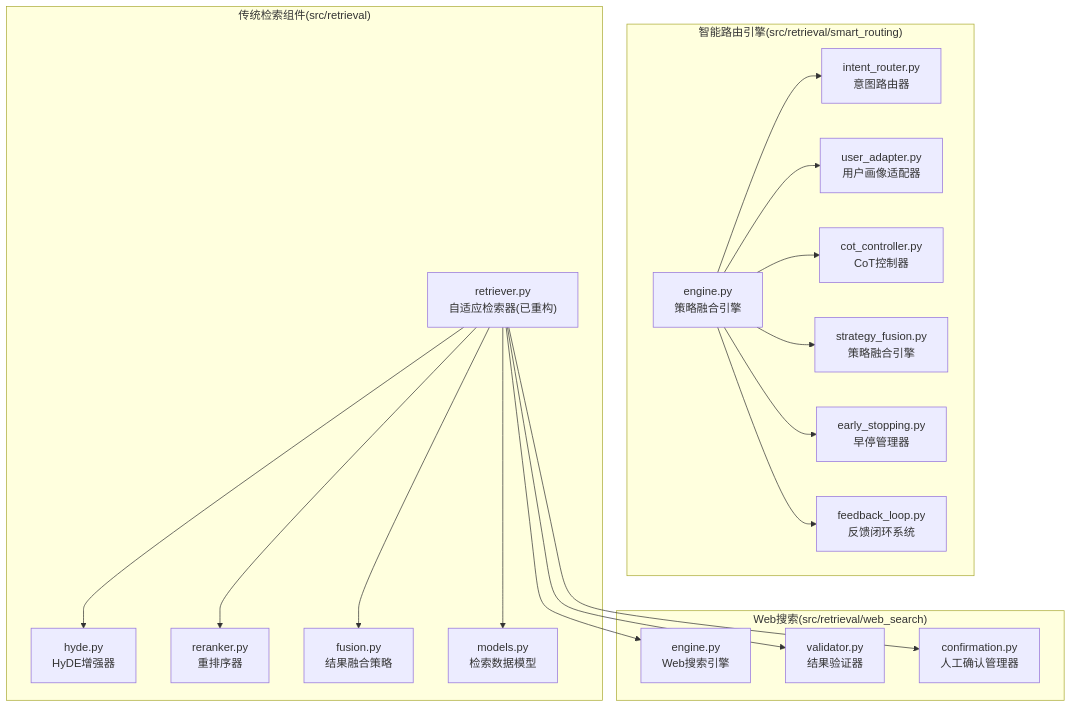
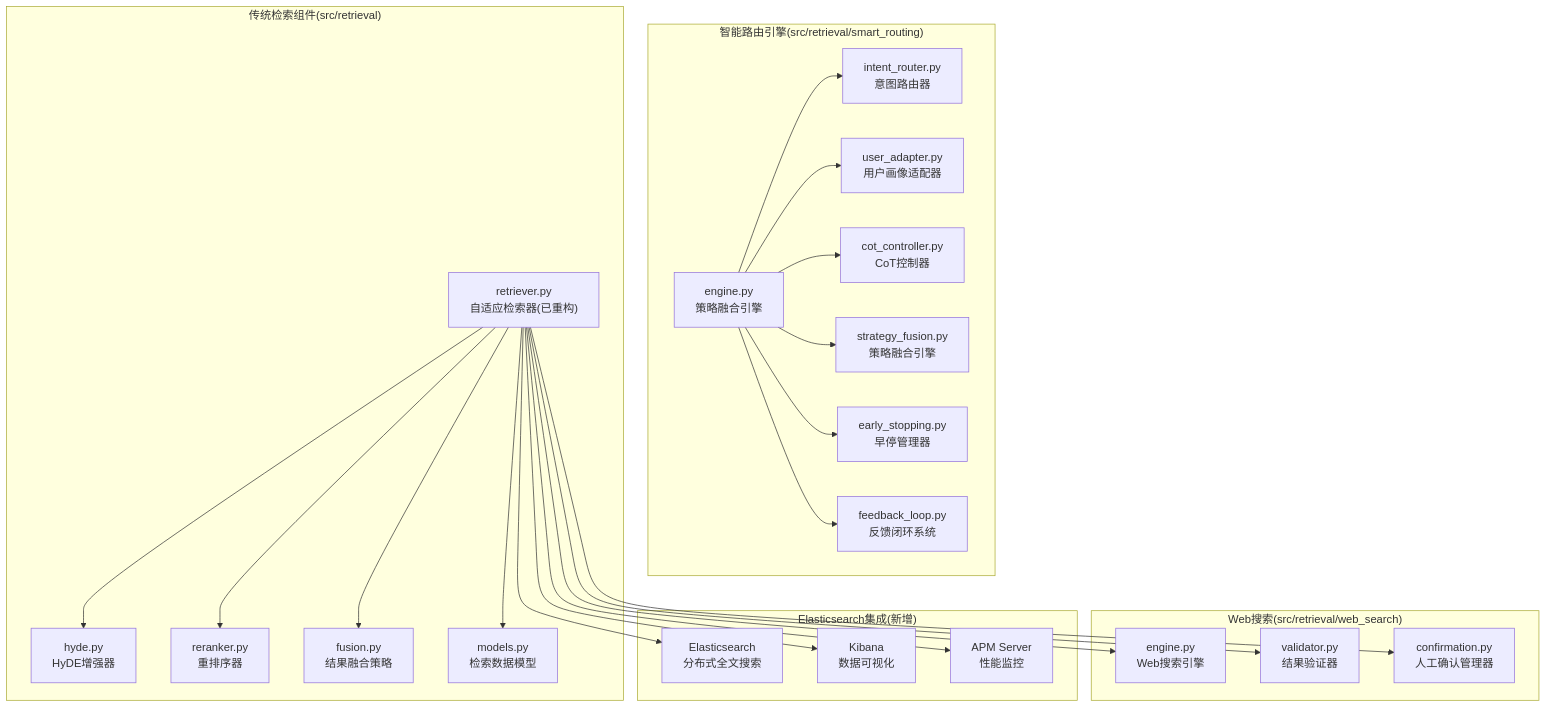
The first of 10 diagrams in .qoder/repowiki/zh/content/检索引擎模块/检索引擎模块.md (JieGaoPrinceton/NecoRAG), drawn with Mermaid before and after one commit. The commit also changed other lines of this file and 17 other files, not shown here.

````diff
--- a/.qoder/repowiki/zh/content/检索引擎模块/检索引擎模块.md
+++ b/.qoder/repowiki/zh/content/检索引擎模块/检索引擎模块.md
@@ -60,37 +67,45 @@
 ```mermaid
 graph TB
 subgraph "智能路由引擎(src/retrieval/smart_routing)"
 A["engine.py<br/>策略融合引擎"]
 B["intent_router.py<br/>意图路由器"]
 C["user_adapter.py<br/>用户画像适配器"]
 D["cot_controller.py<br/>CoT控制器"]
 E["strategy_fusion.py<br/>策略融合引擎"]
 F["early_stopping.py<br/>早停管理器"]
 G["feedback_loop.py<br/>反馈闭环系统"]
 end
 subgraph "传统检索组件(src/retrieval)"
 H["retriever.py<br/>自适应检索器(已重构)"]
 I["hyde.py<br/>HyDE增强器"]
 J["reranker.py<br/>重排序器"]
 K["fusion.py<br/>结果融合策略"]
 L["models.py<br/>检索数据模型"]
 end
 subgraph "Web搜索(src/retrieval/web_search)"
 M["engine.py<br/>Web搜索引擎"]
 N["validator.py<br/>结果验证器"]
 O["confirmation.py<br/>人工确认管理器"]
 end
+subgraph "Elasticsearch集成(新增)"
+P["Elasticsearch<br/>分布式全文搜索"]
+Q["Kibana<br/>数据可视化"]
+R["APM Server<br/>性能监控"]
+end
 A --> B
 A --> C
 A --> D
 A --> E
 A --> F
 A --> G
 H --> I
 H --> J
 H --> K
 H --> L
 H --> M
 H --> N
 H --> O
+H --> P
+H --> Q
+H --> R
 ```
````
